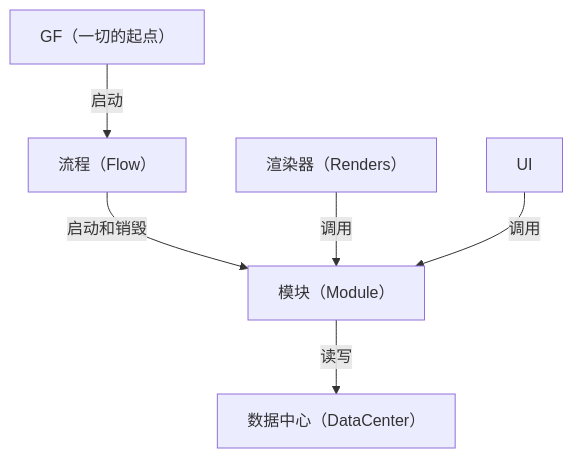
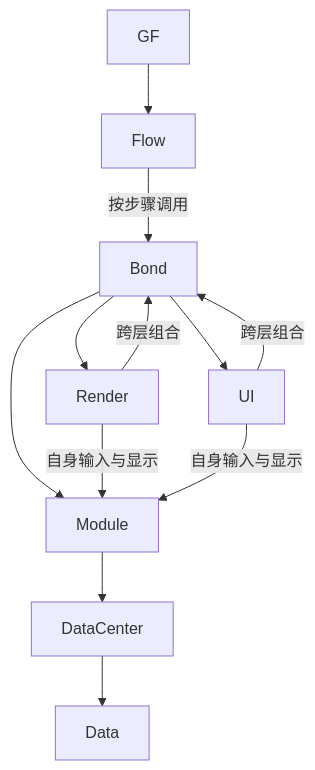
The diagram in README.md (Qyingii/Fmoda), drawn with Mermaid before and after one commit. The commit also changed other lines of this file and 17 other files, not shown here.

````diff
--- a/README.md
+++ b/README.md
@@ -27,8 +33,14 @@
 ```mermaid
 flowchart TD
-    F[GF（一切的起点）]--启动--> E[流程（Flow）]
-    E--启动和销毁--> B[模块（Module）]
-    A[渲染器（Renders）]--调用--> B
-    C[UI]--调用--> B
-    B--读写--> D[数据中心（DataCenter）]
+    G[GF] --> F[Flow]
+    F -->|按步骤调用| X[Bond]
+    X --> M[Module]
+    X --> R[Render]
+    X --> U[UI]
+    R -->|自身输入与显示| M
+    U -->|自身输入与显示| M
+    R -->|跨层组合| X
+    U -->|跨层组合| X
+    M --> D[DataCenter]
+    D --> A[Data]
 ```
````
